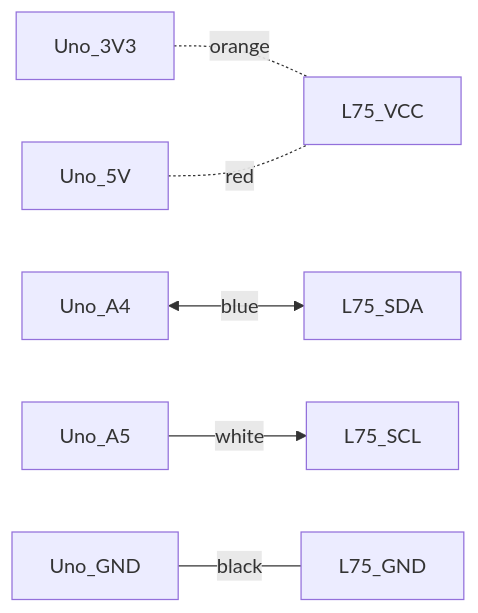
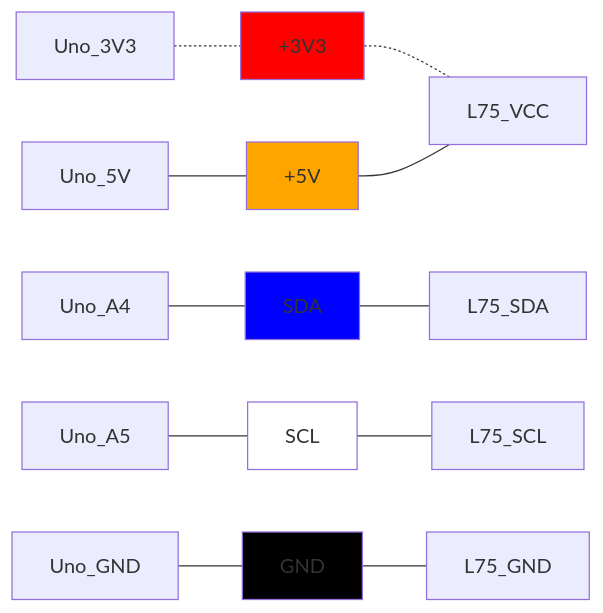
The diagram in wires.md (jochen4errors/colorcodes), drawn with Mermaid before and after one commit.

Commit message:
L75: Wires with colors

````diff
--- a/wires.md
+++ b/wires.md
@@ -19,8 +19,16 @@
 ```mermaid
 flowchart LR;
-Uno_3V3 -.-|orange| L75_VCC
-Uno_5V -.-|red| L75_VCC
-Uno_A4 <-->|blue| L75_SDA
-Uno_A5 -->|white| L75_SCL
-Uno_GND ---|black| L75_GND
+
+style +5V fill:orange
+style +3V3 fill:red
+style SDA fill:blue
+style SCL fill:white
+style GND fill:black
+
+
+Uno_3V3 -.- +3V3 -.- L75_VCC
+Uno_5V --- +5V --- L75_VCC
+Uno_A4 --- SDA --- L75_SDA
+Uno_A5 --- SCL --- L75_SCL
+Uno_GND ---GND --- L75_GND
 ```
````
